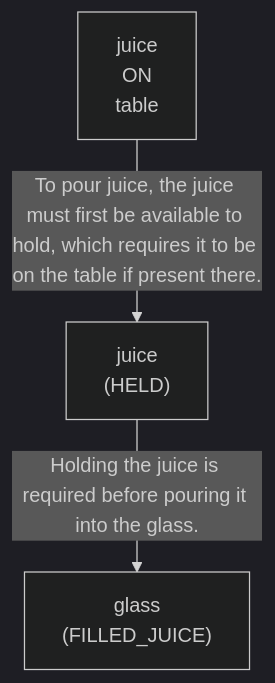
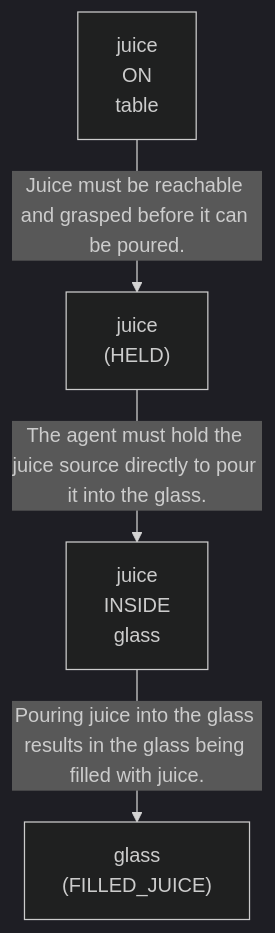
Before and after one commit to scuama/virtualhome: the first of 4 diagrams in evaluation/results/table1/_raw/robostate/run_T1_DYN_M1_02_medium.md, drawn with Mermaid (dark theme). The commit also changed other lines of this file and 96 other files, not shown here.

````diff
--- a/evaluation/results/table1/_raw/robostate/run_T1_DYN_M1_02_medium.md
+++ b/evaluation/results/table1/_raw/robostate/run_T1_DYN_M1_02_medium.md
@@ -72,8 +72,10 @@
 ```mermaid
 graph TD
     N1["juice<br>ON<br>table"]
     N2["juice<br>(HELD)"]
-    N3["glass<br>(FILLED_JUICE)"]
-    N1 -->|"To pour juice, the juice must first be available to hold, which requires it to be on the table if present there."| N2
-    N2 -->|"Holding the juice is required before pouring it into the glass."| N3
+    N3["juice<br>INSIDE<br>glass"]
+    N4["glass<br>(FILLED_JUICE)"]
+    N1 -->|"Juice must be reachable and grasped before it can be poured."| N2
+    N2 -->|"The agent must hold the juice source directly to pour it into the glass."| N3
+    N3 -->|"Pouring juice into the glass results in the glass being filled with juice."| N4
 ```
````
